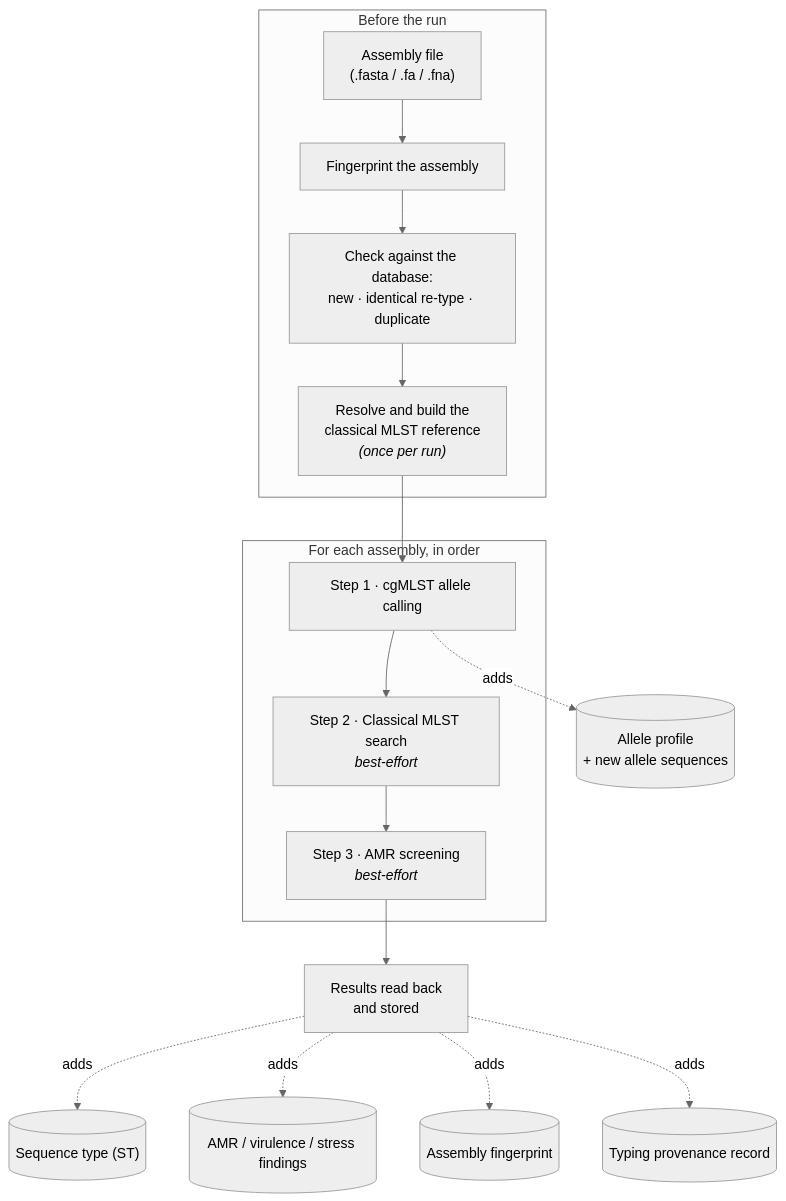
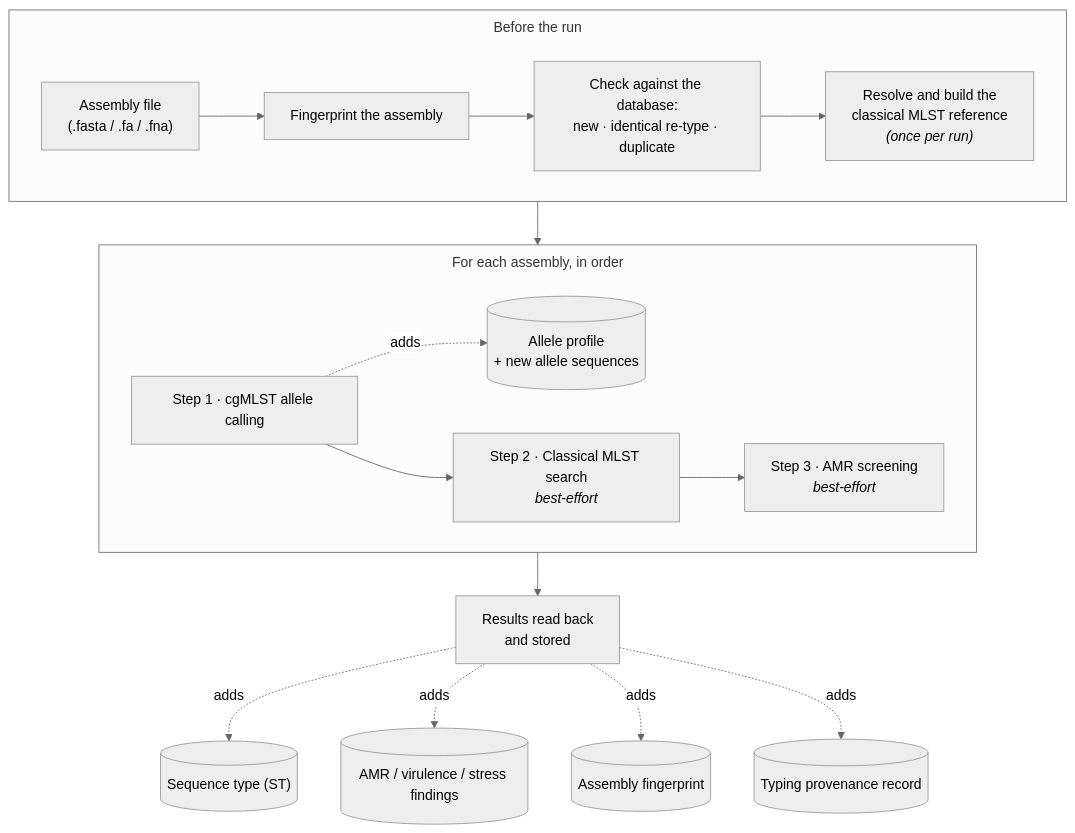
The diagram in docs/manual/typing.qmd (liora-bioinformatics/PhyloTrace), drawn with Mermaid (neutral theme) before and after one commit. The commit also changed 7 other files, not shown here.

````diff
--- a/docs/manual/typing.qmd
+++ b/docs/manual/typing.qmd
@@ -127,27 +127,31 @@
 ```{mermaid}
 %%| label: fig-typing
 %%| fig-cap: "What happens to one assembly. Solid arrows are the order in which steps run; dotted arrows show what each step adds to your database. Steps 1–3 run one after another on the same file — none of them starts the next."
+%%{init: {'flowchart': {'subGraphTitleMargin': {'top': 8, 'bottom': 16}}}}%%
 flowchart TB
   subgraph PREP["Before the run"]
     F["Assembly file<br/>(.fasta / .fa / .fna)"] --> H["Fingerprint the assembly"]
     H --> CK["Check against the database:<br/>new · identical re-type · duplicate"]
     CK --> CC["Resolve and build the<br/>classical MLST reference<br/><i>(once per run)</i>"]
   end
 
-  CC --> S1
+  %% Linked cluster-to-cluster, not node-to-node: an edge aimed at a node
+  %% *inside* a subgraph is drawn straight through the subgraph's title text.
+  %% Targeting the cluster stops the arrow at its boundary instead.
+  PREP --> RUN
 
   subgraph RUN["For each assembly, in order"]
     S1["Step 1 · cgMLST allele calling"]
+    S1 -. adds .-> T1[("Allele profile<br/>+ new allele sequences")]
     S2["Step 2 · Classical MLST search<br/><i>best-effort</i>"]
     S3["Step 3 · AMR screening<br/><i>best-effort</i>"]
     S1 --> S2 --> S3
   end
 
-  S3 --> RB["Results read back<br/>and stored"]
+  RUN --> RB["Results read back<br/>and stored"]
 
-  S1 -. adds .-> T1[("Allele profile<br/>+ new allele sequences")]
   RB -. adds .-> T2[("Sequence type (ST)")]
   RB -. adds .-> T3[("AMR / virulence / stress findings")]
   RB -. adds .-> T4[("Assembly fingerprint")]
   RB -. adds .-> T5[("Typing provenance record")]
 ```
````
